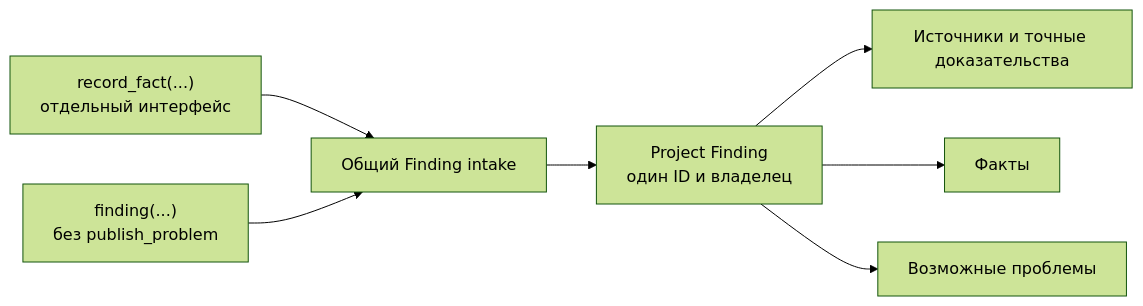
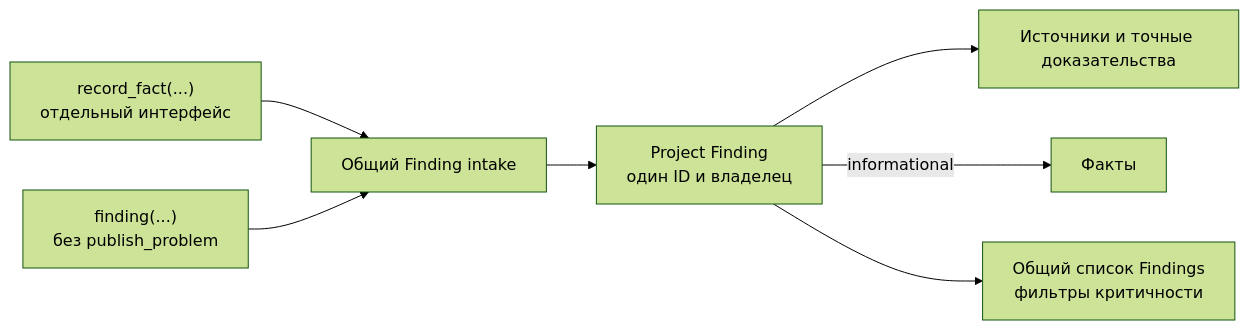
Before and after one commit to grauwolf32/contractor: the second of 6 diagrams in docs/proposals/0055-project-facts-through-findings.md, drawn with Mermaid (forest theme). The commit also changed other lines of this file and 8 other files, not shown here.

````diff
--- a/docs/proposals/0055-project-facts-through-findings.md
+++ b/docs/proposals/0055-project-facts-through-findings.md
@@ -70,9 +82,9 @@
 ```mermaid
 flowchart LR
     A["record_fact(...)<br/>отдельный интерфейс"] --> I["Общий Finding intake"]
     B["finding(...)<br/>без publish_problem"] --> I
     I --> C["Project Finding<br/>один ID и владелец"]
     C --> D["Источники и точные доказательства"]
-    C --> F["Факты"]
-    C --> G["Возможные проблемы"]
+    C -->|"informational"| F["Факты"]
+    C --> G["Общий список Findings<br/>фильтры критичности"]
 ```
````
